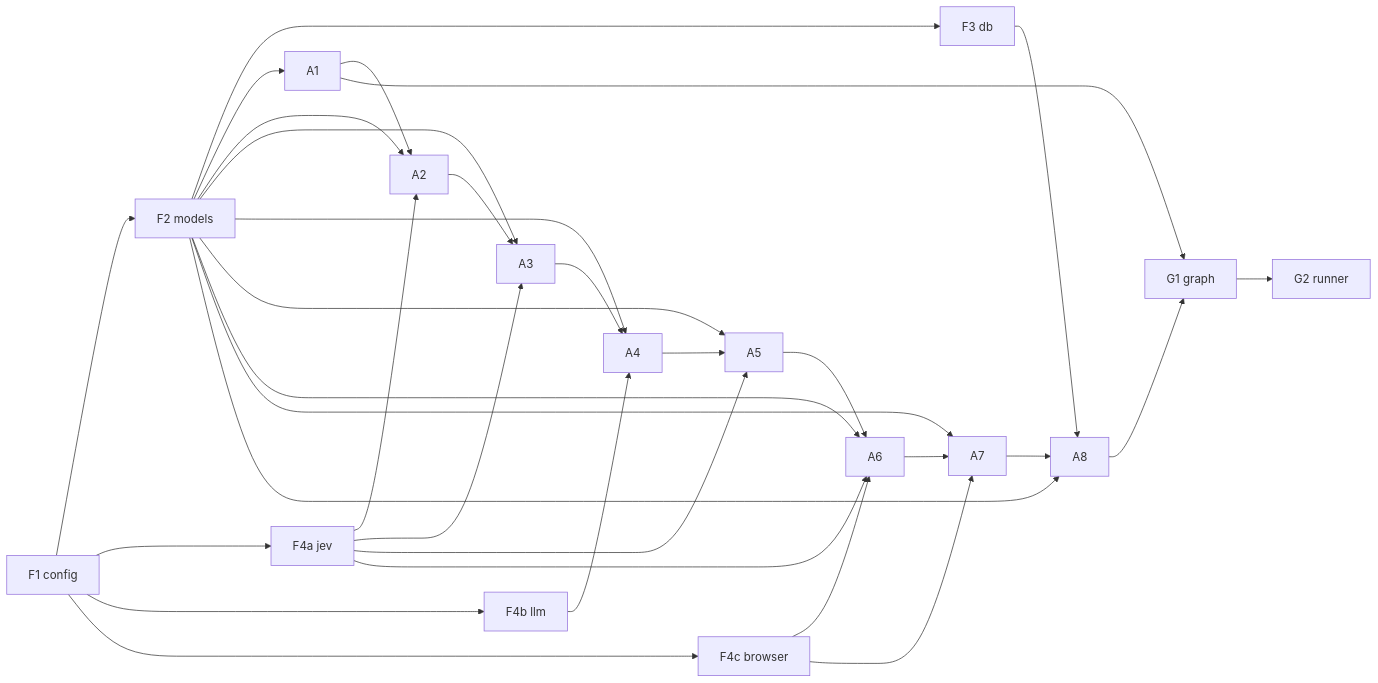
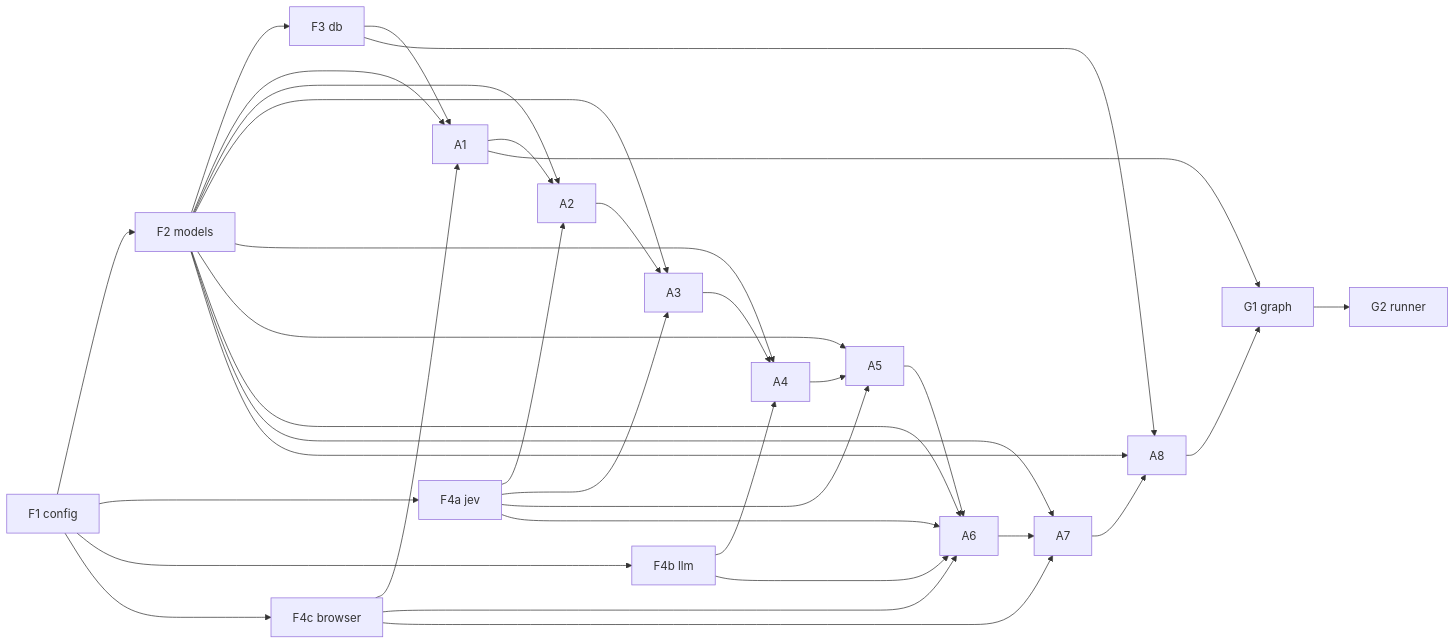
The diagram in src/docs/v1_build_guide.md (manuelAlonsoPerez/JobSearchAgent), drawn with Mermaid before and after one commit. The commit also changed other lines of this file and 1 other file, not shown here.

````diff
--- a/src/docs/v1_build_guide.md
+++ b/src/docs/v1_build_guide.md
@@ -81,12 +92,12 @@
 ```mermaid
 flowchart LR
     F1[F1 config] --> F2[F2 models] --> F3[F3 db]
     F1 --> F4a[F4a jev] & F4b[F4b llm] & F4c[F4c browser]
     F2 --> A1 & A2 & A3 & A4 & A5 & A6 & A7 & A8
-    F3 --> A8
+    F3 --> A1 & A8
     F4a --> A2 & A3 & A5 & A6
-    F4b --> A4
-    F4c --> A6 & A7
+    F4b --> A4 & A6
+    F4c --> A1 & A6 & A7
     A1 --> A2 --> A3 --> A4 --> A5 --> A6 --> A7 --> A8
     A1 & A8 --> G1[G1 graph] --> G2[G2 runner]
 ```
````
